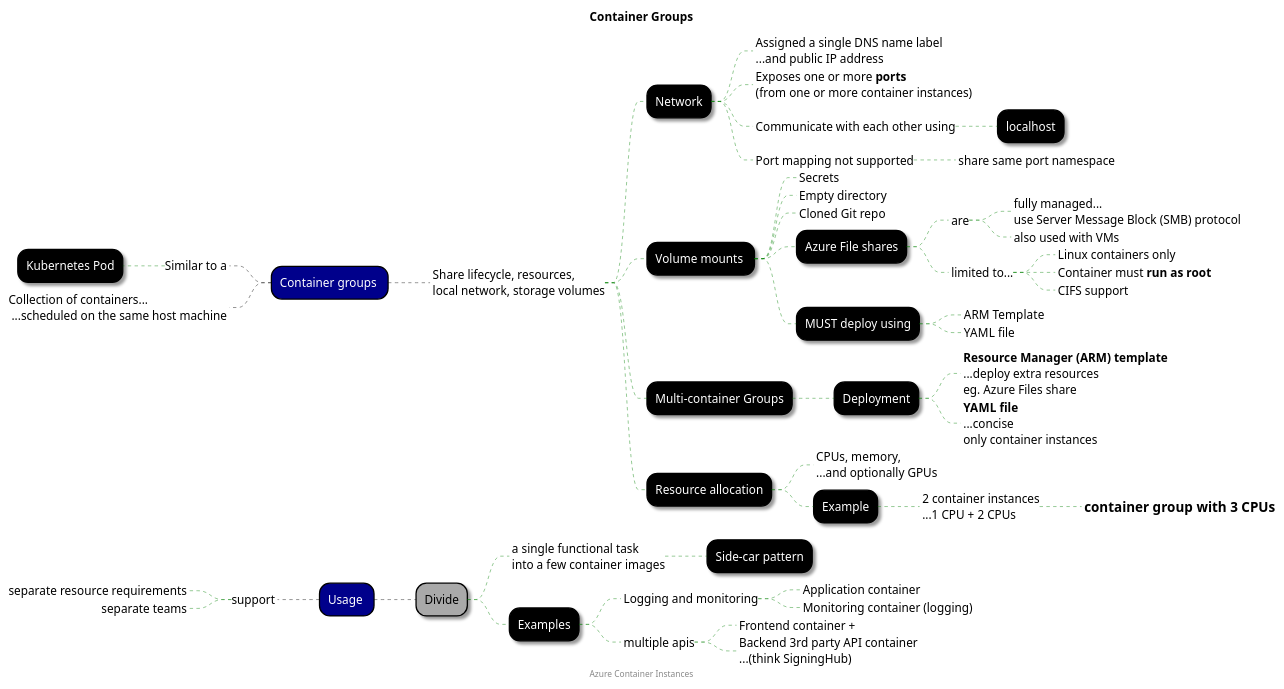
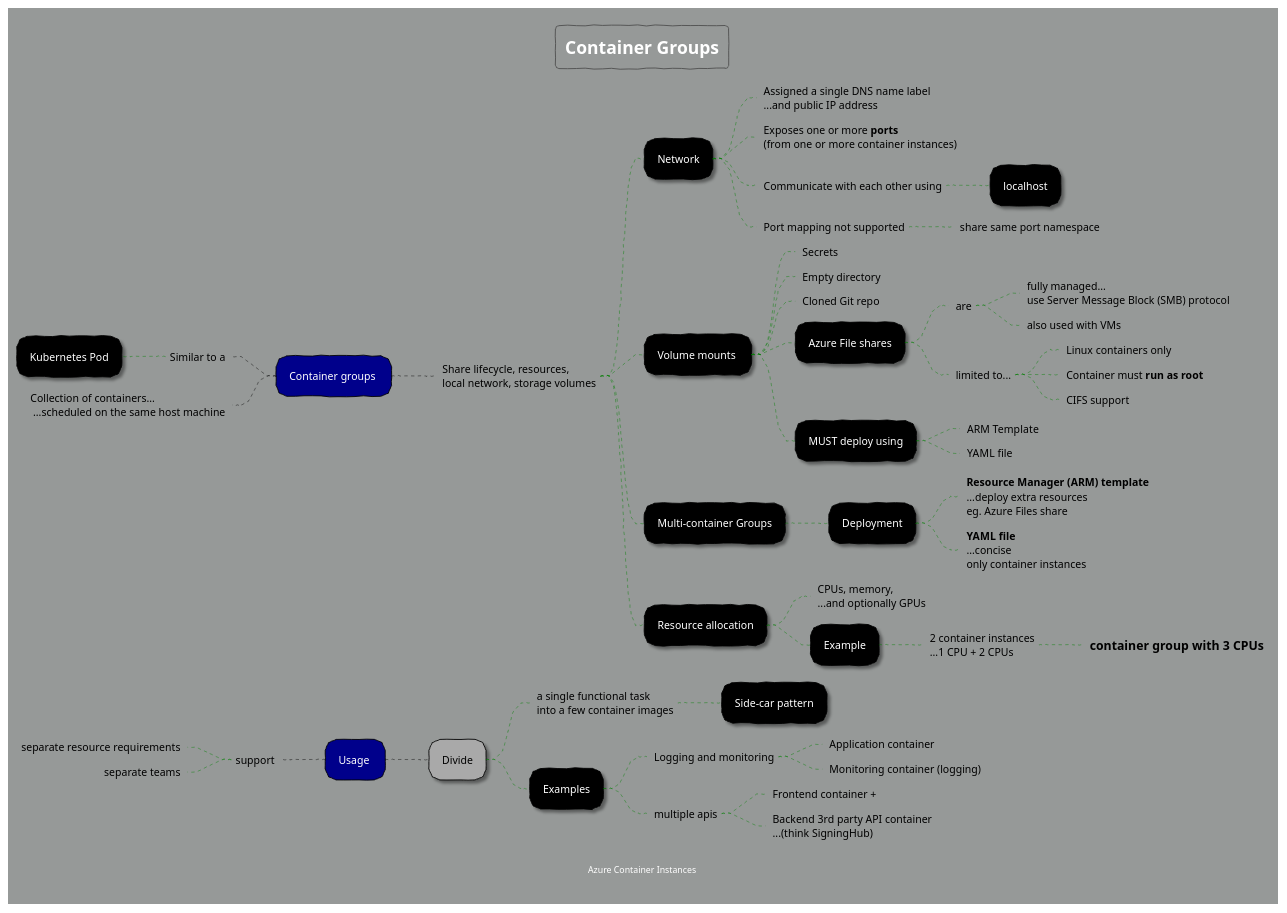
One commit to rob-bl8ke/Az204-Containerization changed the diagram in Notes/Diagrams/ContainerInstances/azure-container-instance-groups.plantuml. Above: the diagram before and after it, drawn with PlantUML. The commit also changed 1 other file, not shown here.

Commit message:
Tweaks to container instance diagrams

```diff
--- a/Notes/Diagrams/ContainerInstances/azure-container-instance-groups.plantuml
+++ b/Notes/Diagrams/ContainerInstances/azure-container-instance-groups.plantuml
@@ -1,109 +1,113 @@
 @startmindmap "Container Groups"
+
+' https://plantuml.com/theme
+!theme sketchy
+skinparam backgroundColor #969998
 
 title Container Groups
 footer Azure Container Instances
 
 <style>
     mindMapDiagram {
         .root {
             BackgroundColor darkblue
             LineColor black
             FontColor white
         }
 
         node {
             FontColor white
             LineColor black
             BackgroundColor black
             Shadowing 2.0
             RoundCorner 25
         }
         :depth(0) {
             FontColor black
             LineColor white
             BackgroundColor white
             Shadowing 0.0
         }
         :depth(1) {
             FontColor black
             BackgroundColor darkgrey
             Shadowing 2.0
         }
 
         arrow {
             LineStyle 4
             LineThickness 0.5
             LineColor green
         }
 
         boxless {
             FontColor black
             Margin 10
             Padding 10
             MaximumWidth 400
         }
     }
 </style>
 
 + Container groups <<root>>
 
 --_ Similar to a
 --- Kubernetes Pod
 --_ Collection of containers...\n ...scheduled on the same host machine
 
 ++_ Share lifecycle, resources,\nlocal network, storage volumes
 +++ Network
 ++++_ Assigned a single DNS name label\n...and public IP address
 ++++_ Exposes one or more **ports**\n(from one or more container instances)
 ++++_ Communicate with each other using
 +++++ localhost
 ++++_ Port mapping not supported
 +++++_ share same port namespace
 
 
 +++ Volume mounts 
 ++++_ Secrets
 ++++_ Empty directory
 ++++_ Cloned Git repo
 ++++ Azure File shares
 +++++_ are
 ++++++_  fully managed...\nuse Server Message Block (SMB) protocol
 ++++++_ also used with VMs
 +++++_ limited to...
 ++++++_ Linux containers only
 ++++++_ Container must **run as root**
 ++++++_ CIFS support
 ++++ MUST deploy using
 +++++_ ARM Template
 +++++_ YAML file
 
 
 
 +++ Multi-container Groups
 ++++ Deployment
 +++++_ **Resource Manager (ARM) template**\n...deploy extra resources\neg. Azure Files share
 +++++_ **YAML file**\n...concise\nonly container instances
 
 +++ Resource allocation
 ++++_ CPUs, memory,\n...and optionally GPUs
 ++++ Example
 +++++_ 2 container instances\n...1 CPU + 2 CPUs
 ++++++_ == container group with 3 CPUs
 
 
 + Usage <<root>>
 --_ support
 ---_ separate resource requirements
 ---_ separate teams
 ++ Divide
 +++_ a single functional task\ninto a few container images
 ++++ Side-car pattern
 +++ Examples
 ++++_ Logging and monitoring
 +++++_ Application container
 +++++_ Monitoring container (logging)
 ++++_ multiple apis
 +++++_ Frontend container +
 +++++_ Backend 3rd party API container\n...(think SigningHub) 
 
 @endmindmap
```
